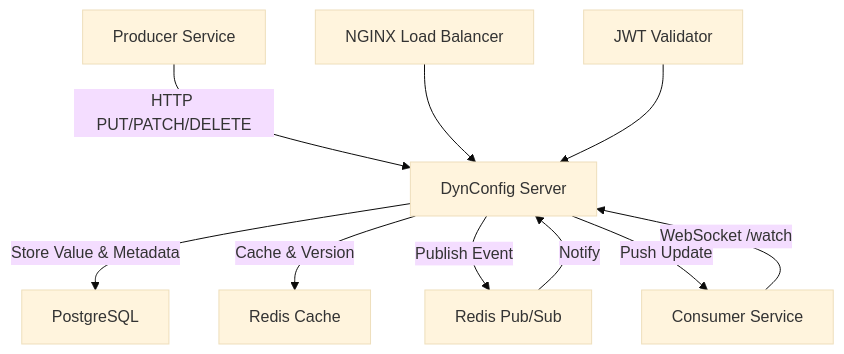
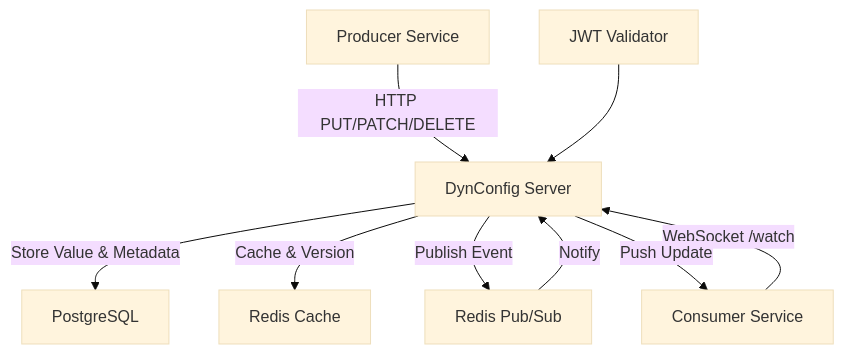
One commit to luizalbertocviana/clojure-microservices changed the diagram in dynconfig-server/README.md. Above: the diagram before and after it, drawn with Mermaid (base theme). The commit also changed other lines of this file, not shown here.

Commit message:
adjusts dynconfig `README.md`

````diff
--- a/dynconfig-server/README.md
+++ b/dynconfig-server/README.md
@@ -107,12 +107,11 @@
 ```mermaid
 graph TD
     A[Producer Service] -->|HTTP PUT/PATCH/DELETE| B[DynConfig Server]
     B -->|Store Value & Metadata| C[PostgreSQL]
     B -->|Cache & Version| D[Redis Cache]
     B -->|Publish Event| E[Redis Pub/Sub]
     F[Consumer Service] -->|WebSocket /watch| B
     E -->|Notify| B
     B -->|Push Update| F
-    G[NGINX Load Balancer] --> B
     H[JWT Validator] --> B
 ```
````
